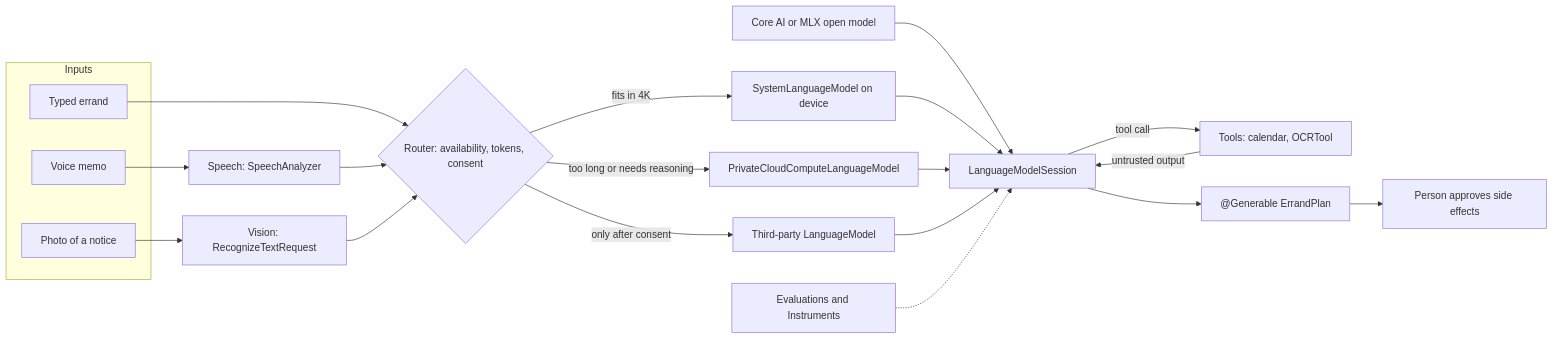
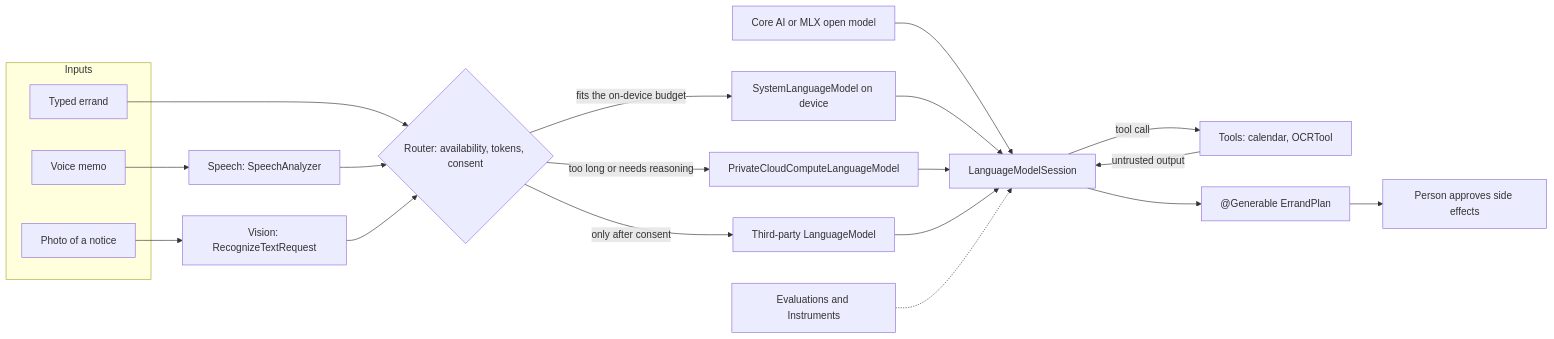
Before and after one commit to ehzawad/ideation-of-ios-app: the first of 3 diagrams in learn/day5-apple-intelligence-and-ml.md, drawn with Mermaid. The commit also changed other lines of this file and 5 other files, not shown here.

````diff
--- a/learn/day5-apple-intelligence-and-ml.md
+++ b/learn/day5-apple-intelligence-and-ml.md
@@ -9,25 +9,25 @@
 ```mermaid
 flowchart LR
     subgraph IN["Inputs"]
         TX["Typed errand"]
         VM["Voice memo"]
         PH["Photo of a notice"]
     end
     VM --> SP["Speech: SpeechAnalyzer"]
     PH --> VI["Vision: RecognizeTextRequest"]
     TX --> R{"Router: availability, tokens, consent"}
     SP --> R
     VI --> R
-    R -->|"fits in 4K"| OD["SystemLanguageModel on device"]
+    R -->|"fits the on-device budget"| OD["SystemLanguageModel on device"]
     R -->|"too long or needs reasoning"| PCC["PrivateCloudComputeLanguageModel"]
     R -->|"only after consent"| TP["Third-party LanguageModel"]
     CA["Core AI or MLX open model"] --> S
     OD --> S["LanguageModelSession"]
     PCC --> S
     TP --> S
     S -->|"tool call"| TL["Tools: calendar, OCRTool"]
     TL -->|"untrusted output"| S
     S --> G["@Generable ErrandPlan"]
     G --> AP["Person approves side effects"]
     EV["Evaluations and Instruments"] -.-> S
 ```
````
